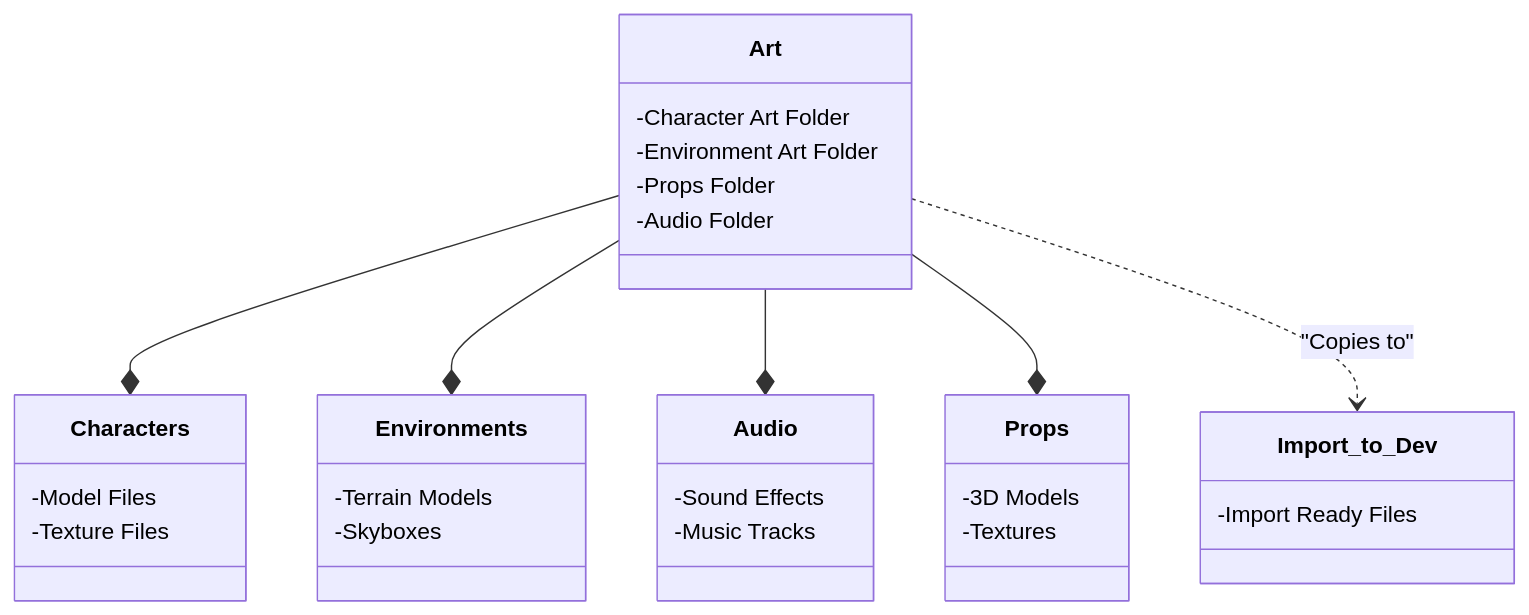
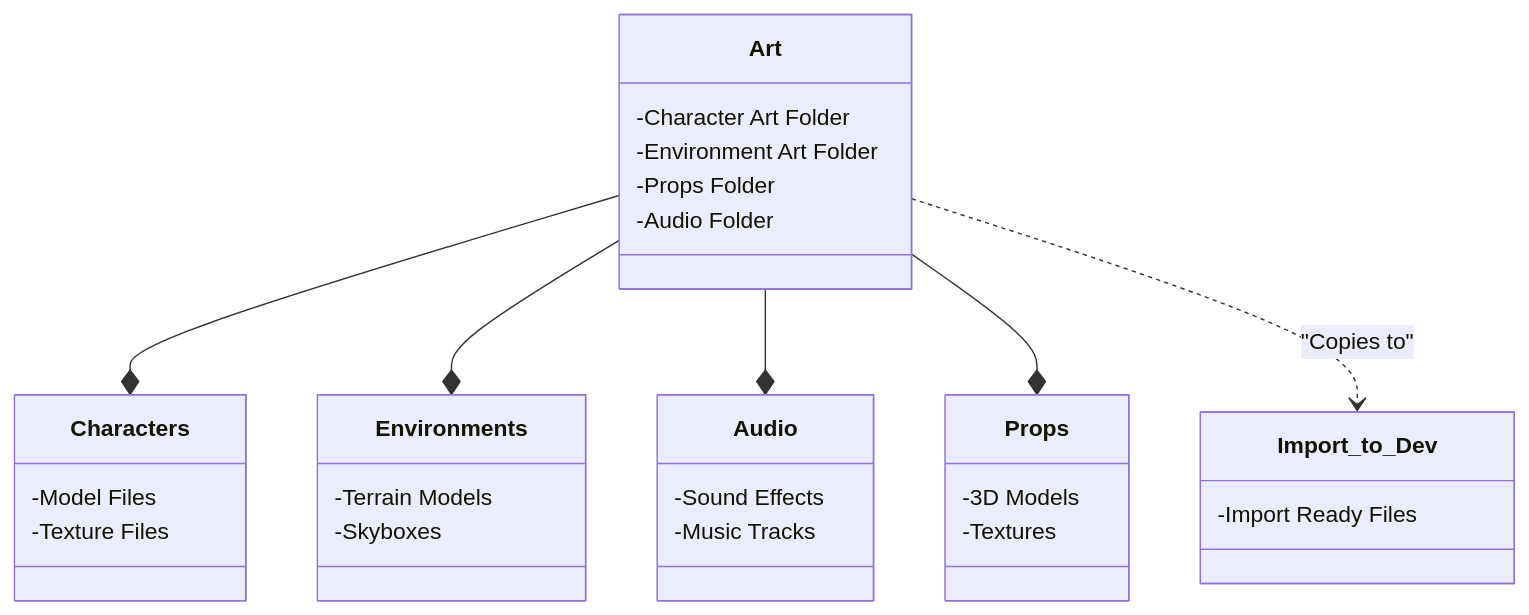
Before and after one commit to dwoodjr/drexel-perforce: the fourth of 5 diagrams in src/site/notes/Drexel Perforce/Best Practices/Depot Structure - Game Dev.md, drawn with Mermaid.

Commit message:
Update content src/site/notes/Drexel Perforce/Best Practices/Depot Structure - Game Dev.md

````diff
--- a/src/site/notes/Drexel Perforce/Best Practices/Depot Structure - Game Dev.md
+++ b/src/site/notes/Drexel Perforce/Best Practices/Depot Structure - Game Dev.md
@@ -115,36 +115,34 @@
 ```mermaid
 classDiagram
     class Art {
         -Character Art Folder
         -Environment Art Folder
         -Props Folder
         -Audio Folder
     }
     class Characters {
         -Model Files
         -Texture Files
     }
     class Environments {
         -Terrain Models
         -Skyboxes
     }
     class Audio {
         -Sound Effects
         -Music Tracks
     }
     class Props {
         -3D Models
         -Textures
     }
     class Import_to_Dev {
         -Import Ready Files
     }
     Art --* Characters
     Art --* Environments
     Art --* Audio
     Art --* Props
     Art ..> Import_to_Dev: "Copies to"
-    
-    %%{init: {'themeVariables': { 'classText': 'font-style:italic; font-weight:bold;' }}}%%
 
 ```
````
